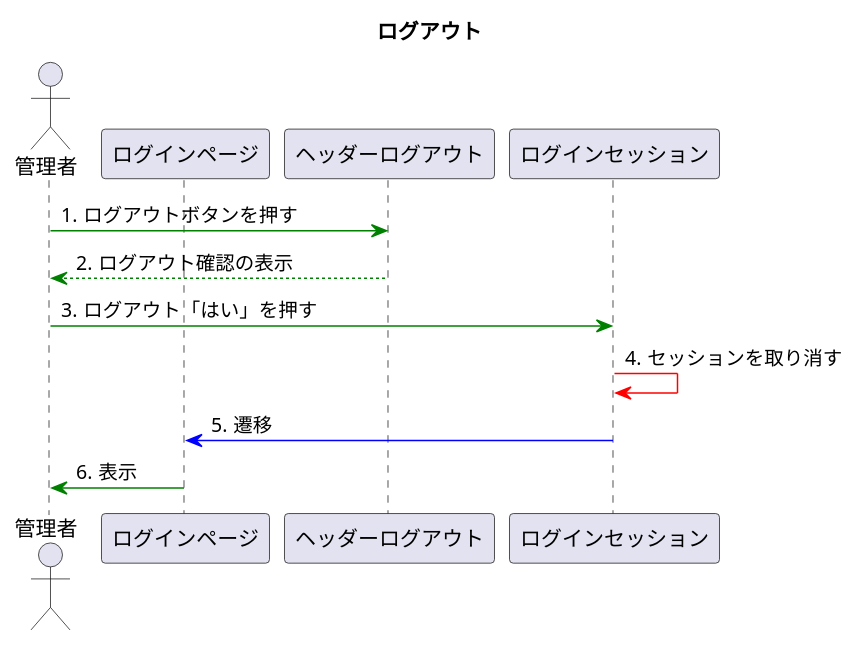
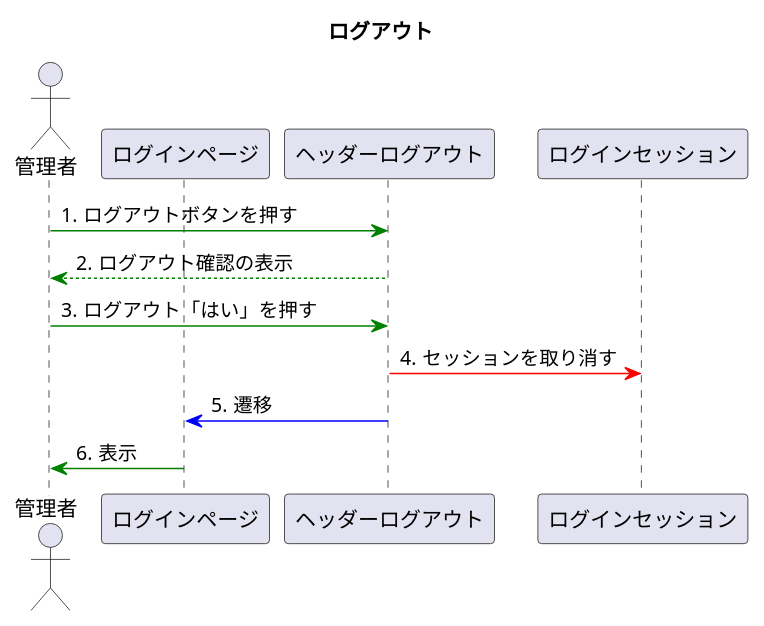
The diagram in uml/seq_logout.pu (toufu66/ProjectC), drawn with PlantUML before and after one commit.

Commit message:
ログアウトシーケンス図追記

```diff
--- a/uml/seq_logout.pu
+++ b/uml/seq_logout.pu
@@ -1,18 +1,18 @@
 @startuml
 
 title ログアウト
 
 autonumber "#."
 
 actor 管理者
 participant ログインページ
 participant ヘッダーログアウト
 participant ログインセッション
 
 管理者 -[#green]> ヘッダーログアウト:ログアウトボタンを押す
 ヘッダーログアウト --[#green]> 管理者:ログアウト確認の表示
-管理者 -[#green]> ログインセッション:ログアウト「はい」を押す
-ログインセッション-[#red]> ログインセッション:セッションを取り消す
-ログインセッション-[#blue]> ログインページ:遷移
+管理者 -[#green]> ヘッダーログアウト:ログアウト「はい」を押す
+ヘッダーログアウト-[#red]> ログインセッション:セッションを取り消す
+ヘッダーログアウト-[#blue]> ログインページ:遷移
 ログインページ -[#green]> 管理者:表示
 @enduml
```
